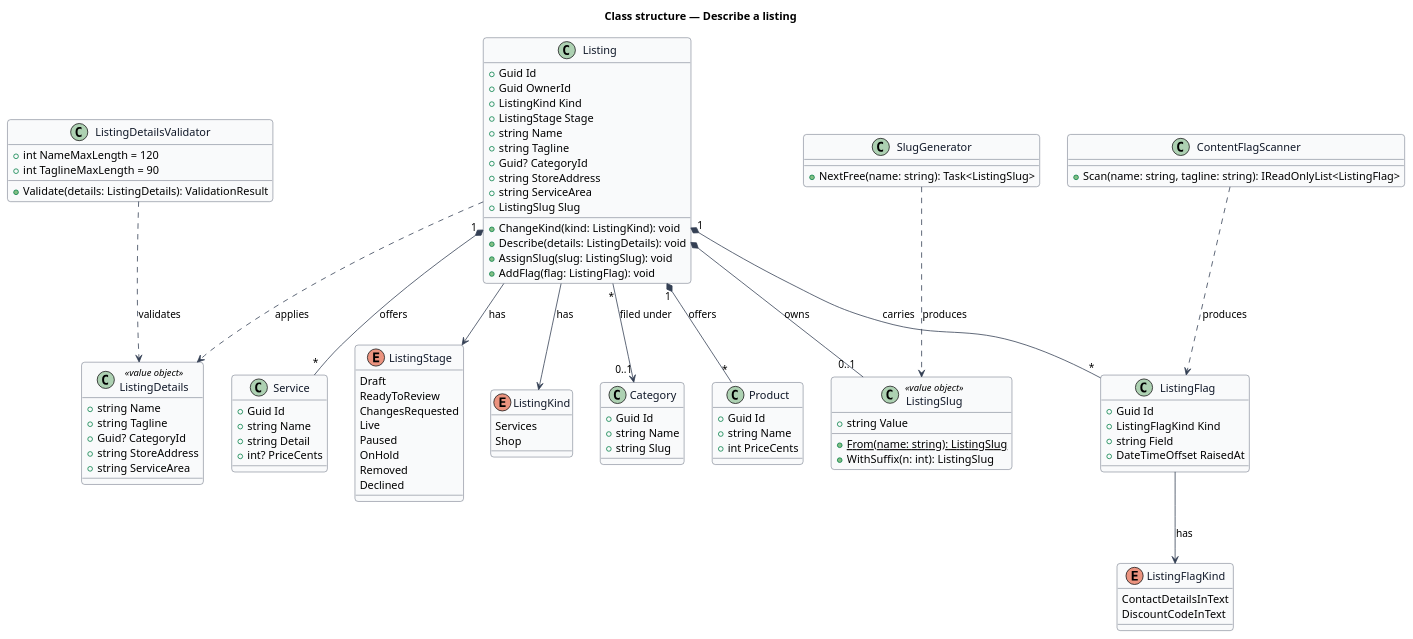
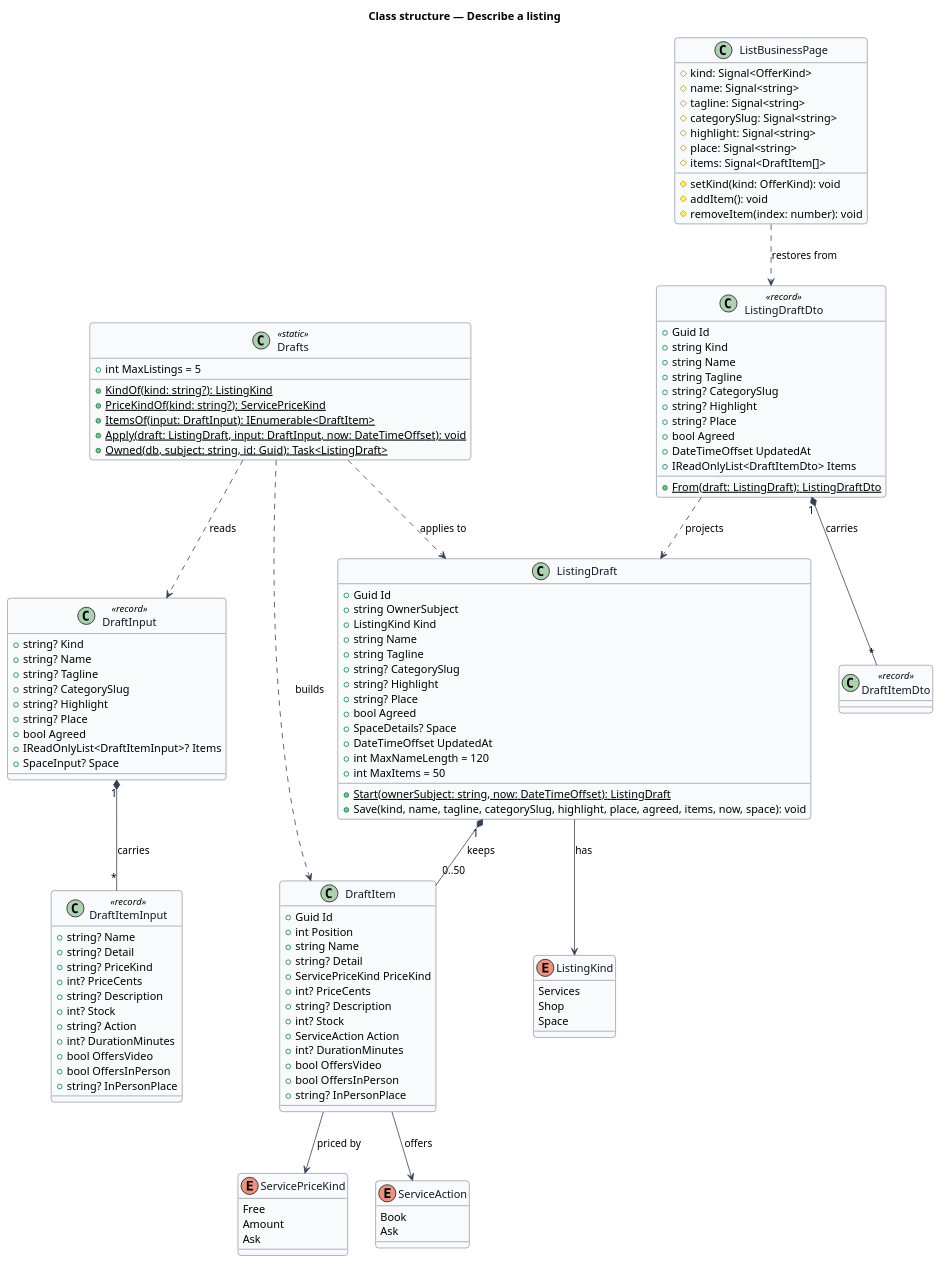
Before and after one commit to QuinntyneBrown/jubilee: the diagram in docs/detailed-designs/onboarding/describe-listing/diagrams/class-structure.puml, drawn with PlantUML. The commit also changed 43 other files, not shown here.

Commit message:
Bring the three listing designs in line with the code and with what finishing journey 10 adds; amend ADR 0018

```diff
--- a/docs/detailed-designs/onboarding/describe-listing/diagrams/class-structure.puml
+++ b/docs/detailed-designs/onboarding/describe-listing/diagrams/class-structure.puml
@@ -1,120 +1,142 @@
 @startuml
 ' --- shared skin header ---
 skinparam backgroundColor #FFFFFF
 skinparam shadowing false
 skinparam roundcorner 8
 skinparam defaultFontName Arial
 skinparam ArrowColor #344054
 skinparam class {
   BorderColor #344054
   FontColor #101828
   BackgroundColor #F9FAFB
 }
 ' --------------------------
 title Class structure — Describe a listing
 
-enum ListingStage {
-  Draft
-  ReadyToReview
-  ChangesRequested
-  Live
-  Paused
-  OnHold
-  Removed
-  Declined
-}
-
 enum ListingKind {
   Services
   Shop
+  Space
 }
 
-enum ListingFlagKind {
-  ContactDetailsInText
-  DiscountCodeInText
+enum ServicePriceKind {
+  Free
+  Amount
+  Ask
 }
 
-class Listing {
+enum ServiceAction {
+  Book
+  Ask
+}
+
+class ListingDraft {
   +Guid Id
-  +Guid OwnerId
+  +string OwnerSubject
   +ListingKind Kind
-  +ListingStage Stage
   +string Name
   +string Tagline
-  +Guid? CategoryId
-  +string StoreAddress
-  +string ServiceArea
-  +ListingSlug Slug
-  +ChangeKind(kind: ListingKind): void
-  +Describe(details: ListingDetails): void
-  +AssignSlug(slug: ListingSlug): void
-  +AddFlag(flag: ListingFlag): void
+  +string? CategorySlug
+  +string? Highlight
+  +string? Place
+  +bool Agreed
+  +SpaceDetails? Space
+  +DateTimeOffset UpdatedAt
+  +int MaxNameLength = 120
+  +int MaxItems = 50
+  +{static} Start(ownerSubject: string, now: DateTimeOffset): ListingDraft
+  +Save(kind, name, tagline, categorySlug, highlight, place, agreed, items, now, space): void
 }
 
-class ListingDetails <<value object>> {
+class DraftItem {
+  +Guid Id
+  +int Position
+  +string Name
+  +string? Detail
+  +ServicePriceKind PriceKind
+  +int? PriceCents
+  +string? Description
+  +int? Stock
+  +ServiceAction Action
+  +int? DurationMinutes
+  +bool OffersVideo
+  +bool OffersInPerson
+  +string? InPersonPlace
+}
+
+class DraftInput <<record>> {
+  +string? Kind
+  +string? Name
+  +string? Tagline
+  +string? CategorySlug
+  +string? Highlight
+  +string? Place
+  +bool Agreed
+  +IReadOnlyList<DraftItemInput>? Items
+  +SpaceInput? Space
+}
+
+class DraftItemInput <<record>> {
+  +string? Name
+  +string? Detail
+  +string? PriceKind
+  +int? PriceCents
+  +string? Description
+  +int? Stock
+  +string? Action
+  +int? DurationMinutes
+  +bool OffersVideo
+  +bool OffersInPerson
+  +string? InPersonPlace
+}
+
+class ListingDraftDto <<record>> {
+  +Guid Id
+  +string Kind
   +string Name
   +string Tagline
-  +Guid? CategoryId
-  +string StoreAddress
-  +string ServiceArea
+  +string? CategorySlug
+  +string? Highlight
+  +string? Place
+  +bool Agreed
+  +DateTimeOffset UpdatedAt
+  +IReadOnlyList<DraftItemDto> Items
+  +{static} From(draft: ListingDraft): ListingDraftDto
 }
 
-class ListingSlug <<value object>> {
-  +string Value
-  +{static} From(name: string): ListingSlug
-  +WithSuffix(n: int): ListingSlug
+class DraftItemDto <<record>>
+
+class Drafts <<static>> {
+  +int MaxListings = 5
+  +{static} KindOf(kind: string?): ListingKind
+  +{static} PriceKindOf(kind: string?): ServicePriceKind
+  +{static} ItemsOf(input: DraftInput): IEnumerable<DraftItem>
+  +{static} Apply(draft: ListingDraft, input: DraftInput, now: DateTimeOffset): void
+  +{static} Owned(db, subject: string, id: Guid): Task<ListingDraft>
 }
 
-class ListingFlag {
-  +Guid Id
-  +ListingFlagKind Kind
-  +string Field
-  +DateTimeOffset RaisedAt
+class ListBusinessPage {
+  #kind: Signal<OfferKind>
+  #name: Signal<string>
+  #tagline: Signal<string>
+  #categorySlug: Signal<string>
+  #highlight: Signal<string>
+  #place: Signal<string>
+  #items: Signal<DraftItem[]>
+  #setKind(kind: OfferKind): void
+  #addItem(): void
+  #removeItem(index: number): void
 }
 
-class Category {
-  +Guid Id
-  +string Name
-  +string Slug
-}
-
-class Product {
-  +Guid Id
-  +string Name
-  +int PriceCents
-}
-
-class Service {
-  +Guid Id
-  +string Name
-  +string Detail
-  +int? PriceCents
-}
-
-class ListingDetailsValidator {
-  +int NameMaxLength = 120
-  +int TaglineMaxLength = 90
-  +Validate(details: ListingDetails): ValidationResult
-}
-
-class ContentFlagScanner {
-  +Scan(name: string, tagline: string): IReadOnlyList<ListingFlag>
-}
-
-class SlugGenerator {
-  +NextFree(name: string): Task<ListingSlug>
-}
-
-Listing --> ListingKind : has
-Listing --> ListingStage : has
-Listing *-- "0..1" ListingSlug : owns
-Listing "1" *-- "*" ListingFlag : carries
-Listing "*" --> "0..1" Category : filed under
-Listing "1" *-- "*" Product : offers
-Listing "1" *-- "*" Service : offers
-ListingFlag --> ListingFlagKind : has
-Listing ..> ListingDetails : applies
-ListingDetailsValidator ..> ListingDetails : validates
-ContentFlagScanner ..> ListingFlag : produces
-SlugGenerator ..> ListingSlug : produces
+ListingDraft --> ListingKind : has
+ListingDraft "1" *-- "0..50" DraftItem : keeps
+DraftItem --> ServicePriceKind : priced by
+DraftItem --> ServiceAction : offers
+DraftInput "1" *-- "*" DraftItemInput : carries
+ListingDraftDto "1" *-- "*" DraftItemDto : carries
+ListingDraftDto ..> ListingDraft : projects
+Drafts ..> DraftInput : reads
+Drafts ..> ListingDraft : applies to
+Drafts ..> DraftItem : builds
+ListBusinessPage ..> ListingDraftDto : restores from
 @enduml
```
